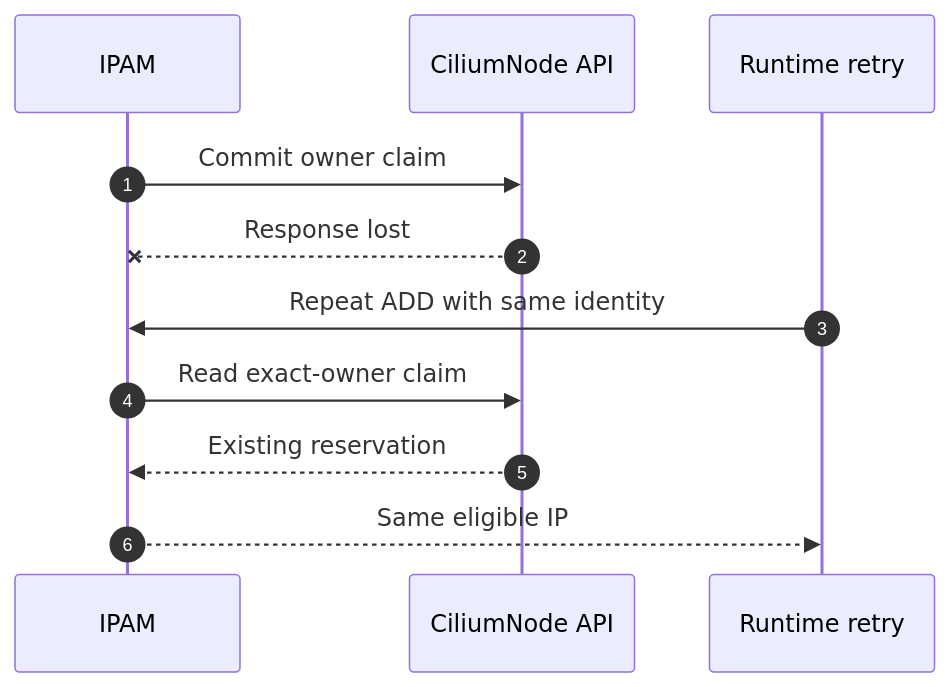
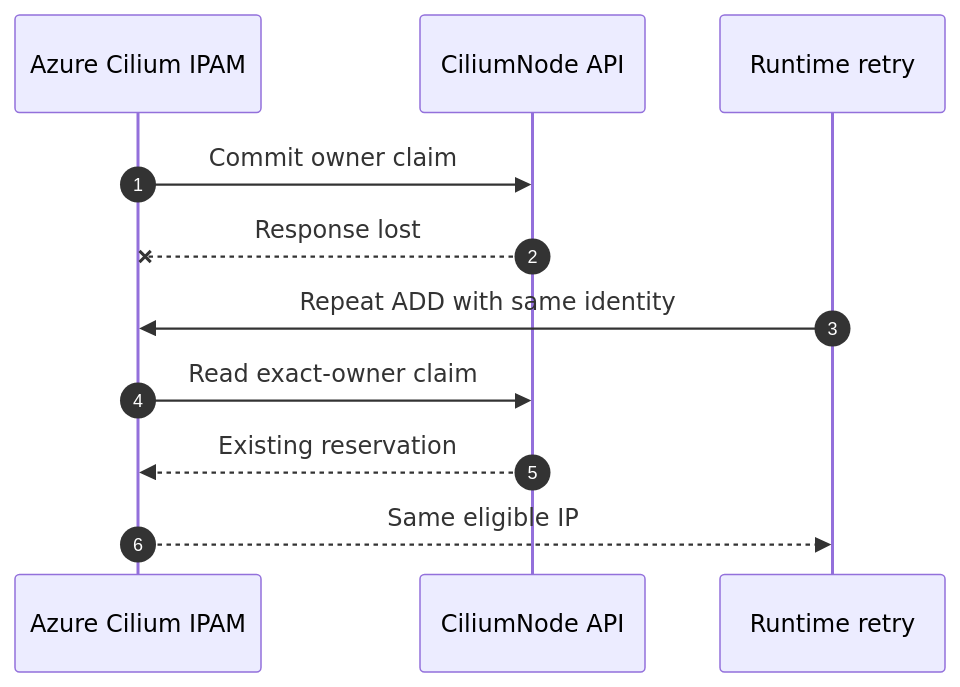
One commit to Azure/azure-container-networking changed the fifth of 9 diagrams in docs/cilium-operator-ipam.md. Above: the diagram before and after it, drawn with Mermaid. The commit also changed other lines of this file, not shown here.

First line of the commit message:
Use component names in IPAM design diagrams

````diff
--- a/docs/cilium-operator-ipam.md
+++ b/docs/cilium-operator-ipam.md
@@ -239,13 +243,13 @@
 ```mermaid
 sequenceDiagram
     autonumber
-    participant I as IPAM
+    participant I as Azure Cilium IPAM
     participant K as CiliumNode API
     participant R as Runtime retry
     I->>K: Commit owner claim
     K--xI: Response lost
     R->>I: Repeat ADD with same identity
     I->>K: Read exact-owner claim
     K-->>I: Existing reservation
     I-->>R: Same eligible IP
 ```
````
